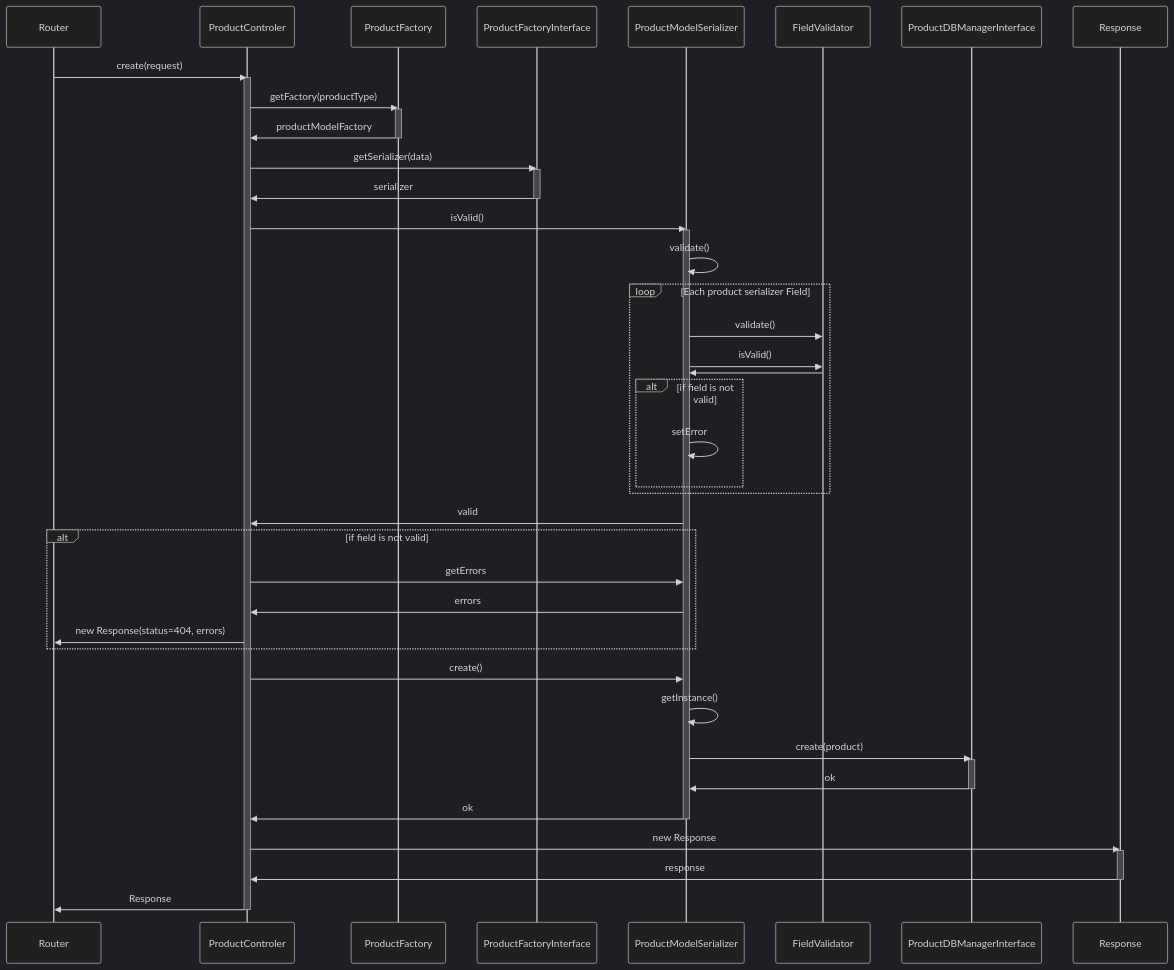
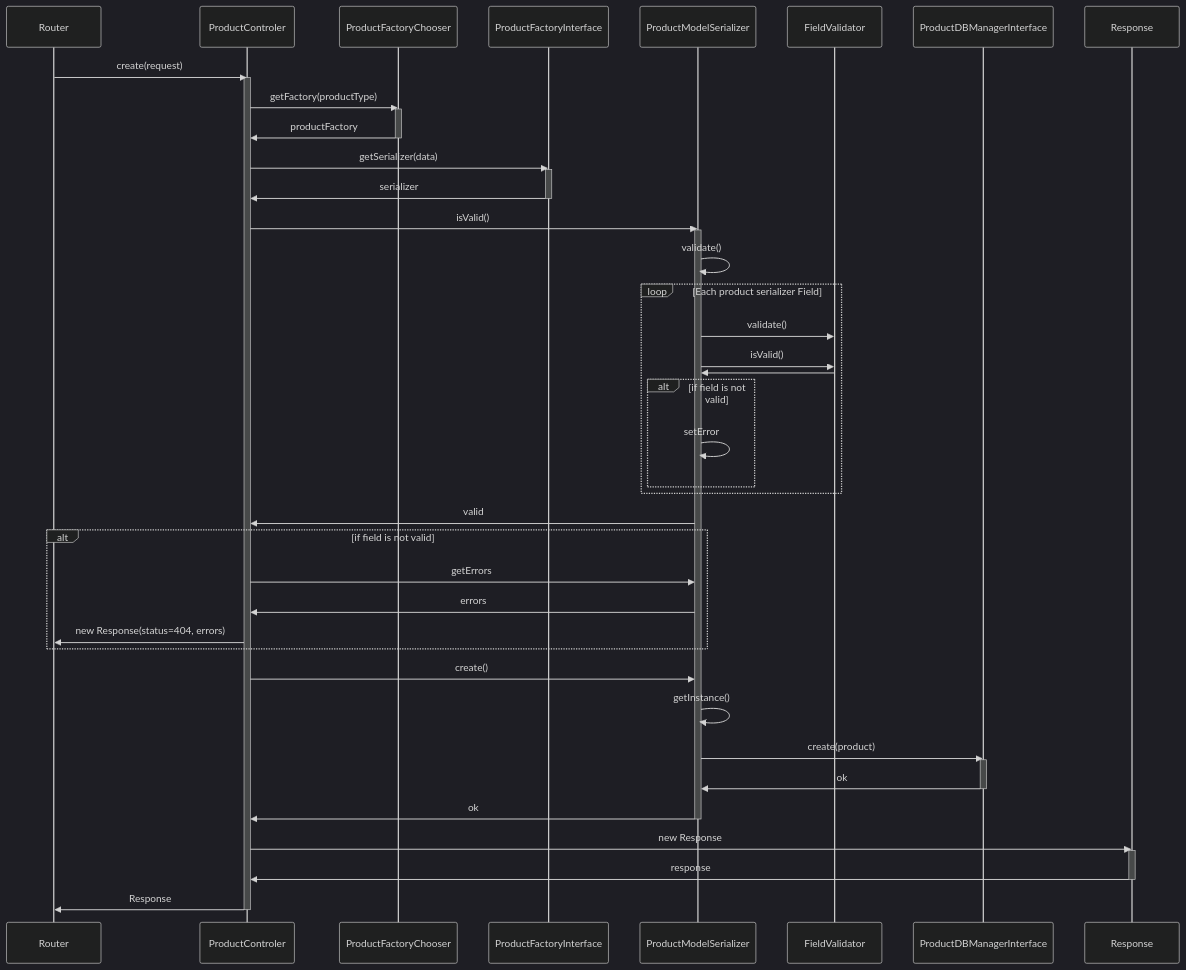
Before and after one commit to laercioigorps/scandiweb-awesome-ecommerce-backend: the diagram in docs/createProductSequence.md, drawn with Mermaid (dark theme). The commit also changed 2 other files, not shown here.

Commit message:
update name of class ProductModelFactory to ProductFactoryChooser in the docs

````diff
--- a/docs/createProductSequence.md
+++ b/docs/createProductSequence.md
@@ -1,60 +1,60 @@
 ```mermaid
 
 sequenceDiagram
     Router->>ProductControler: create(request)
     activate ProductControler
-    ProductControler->>ProductFactory: getFactory(productType)
-    activate ProductFactory
-    ProductFactory->>ProductControler: productModelFactory
-    deactivate ProductFactory
+    ProductControler->>ProductFactoryChooser: getFactory(productType)
+    activate ProductFactoryChooser
+    ProductFactoryChooser->>ProductControler: productFactory
+    deactivate ProductFactoryChooser
 
     ProductControler->>ProductFactoryInterface: getSerializer(data)
     activate ProductFactoryInterface
 
     ProductFactoryInterface->>ProductControler: serializer
     deactivate ProductFactoryInterface
 
     ProductControler->>ProductModelSerializer : isValid()
     activate ProductModelSerializer
 
     ProductModelSerializer->>ProductModelSerializer: validate()
 
     loop Each product serializer Field
         ProductModelSerializer->>FieldValidator : validate()
         ProductModelSerializer->>FieldValidator : isValid()
         FieldValidator->>ProductModelSerializer : 
         alt if field is not valid
             ProductModelSerializer->>ProductModelSerializer : setError
         end
     end
 
 
     ProductModelSerializer->>ProductControler: valid
 
     alt if field is not valid
         ProductControler->>ProductModelSerializer : getErrors
         ProductModelSerializer->>ProductControler : errors
         ProductControler->>Router : new Response(status=404, errors)
     end
 
     ProductControler->>ProductModelSerializer: create()
     
     ProductModelSerializer->>ProductModelSerializer : getInstance()
     ProductModelSerializer->>ProductDBManagerInterface : create(product)
     activate ProductDBManagerInterface
     ProductDBManagerInterface->>ProductModelSerializer : ok
     deactivate ProductDBManagerInterface
 
     ProductModelSerializer->>ProductControler : ok
     deactivate ProductModelSerializer
 
     ProductControler ->> Response : new Response
     activate Response
     Response ->> ProductControler : response
     deactivate Response
 
     ProductControler->>Router: Response
     deactivate ProductControler
 
 
 ```
````
